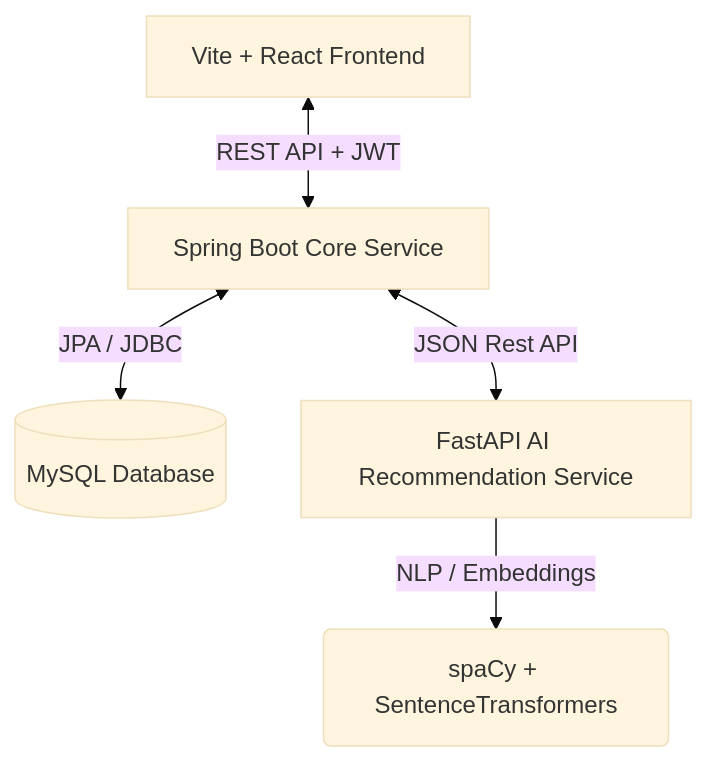
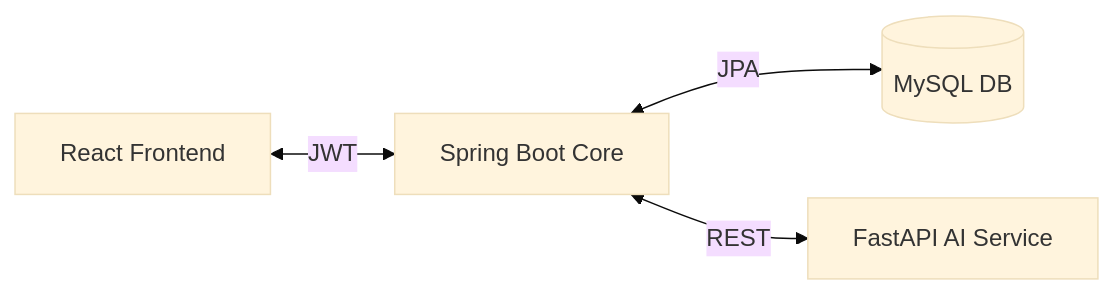
The diagram in README.md (Sudhan-io/Internship-recommendation-engine), drawn with Mermaid (base theme) before and after one commit. The commit also changed other lines of this file and 13 other files, not shown here.

````diff
--- a/README.md
+++ b/README.md
@@ -32,7 +64,6 @@
 ```mermaid
-graph TD
-    Client[Vite + React Frontend] <-->|REST API + JWT| Backend[Spring Boot Core Service]
-    Backend <-->|JPA / JDBC| DB[(MySQL Database)]
-    Backend <-->|JSON Rest API| AI[FastAPI AI Recommendation Service]
-    AI -->|NLP / Embeddings| Models(spaCy + SentenceTransformers)
+graph LR
+    Client[React Frontend] <-->|JWT| Backend[Spring Boot Core]
+    Backend <-->|JPA| DB[(MySQL DB)]
+    Backend <-->|REST| AI[FastAPI AI Service]
 ```
````
